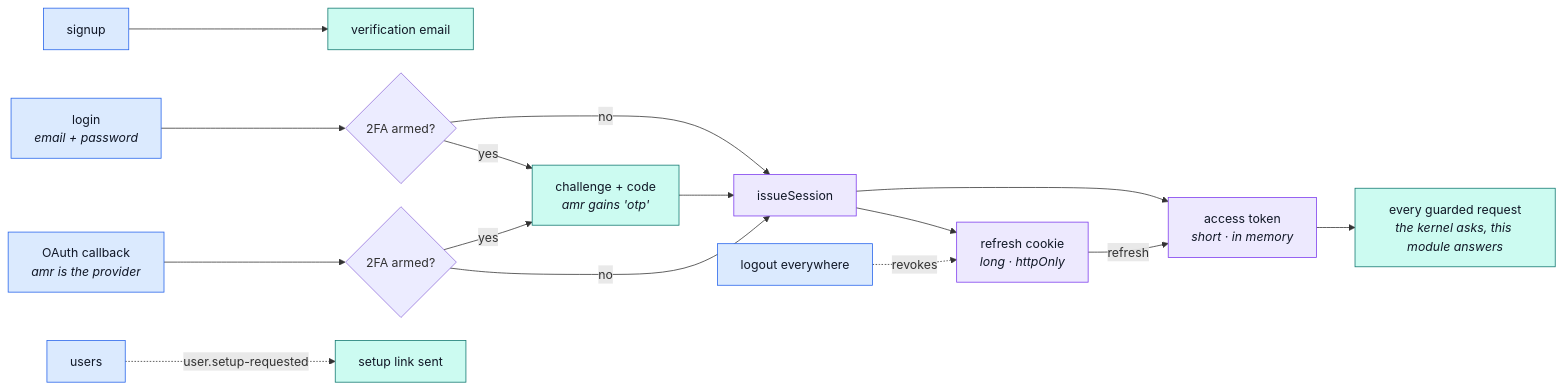
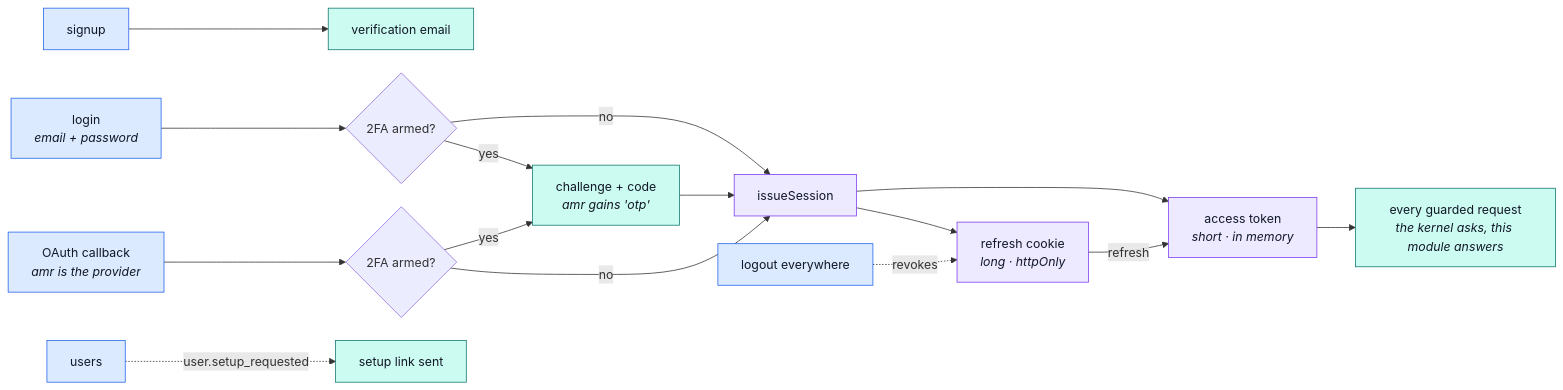
The second of 5 diagrams in docs/modules/account.md (Guebbit/boilerplate-node-backend), drawn with Mermaid before and after one commit. The commit also changed other lines of this file and 301 other files, not shown here.

````diff
--- a/docs/modules/account.md
+++ b/docs/modules/account.md
@@ -94,25 +94,25 @@
 ```mermaid
 %%{init: {'flowchart': {'nodeSpacing': 30, 'rankSpacing': 50}}}%%
 flowchart LR
     S["signup"] --> V["verification email"]
     L["login<br/><i>email + password</i>"] --> Q{"2FA armed?"}
     Q -->|no| IS
     Q -->|yes| CH["challenge + code<br/><i>amr gains 'otp'</i>"]
     CH --> IS
     OA["OAuth callback<br/><i>amr is the provider</i>"] --> OQ{"2FA armed?"}
     OQ -->|no| IS
     OQ -->|yes| CH
     IS["issueSession"] --> T["access token<br/><i>short · in memory</i>"]
     IS --> RC["refresh cookie<br/><i>long · httpOnly</i>"]
     RC -->|refresh| T
     T --> G["every guarded request<br/><i>the kernel asks, this module answers</i>"]
     LO["logout everywhere"] -.->|revokes| RC
-    US["users"] -. "user.setup-requested" .-> SU["setup link sent"]
+    US["users"] -. "user.setup_requested" .-> SU["setup link sent"]
 
     classDef entry fill:#dbeafe,stroke:#2563eb,color:#111827;
     classDef token fill:#ede9fe,stroke:#7c3aed,color:#111827;
     classDef done fill:#ccfbf1,stroke:#0f766e,color:#111827;
     class S,L,LO,US,OA entry;
     class T,RC,IS token;
     class V,G,SU,CH done;
 ```
````
